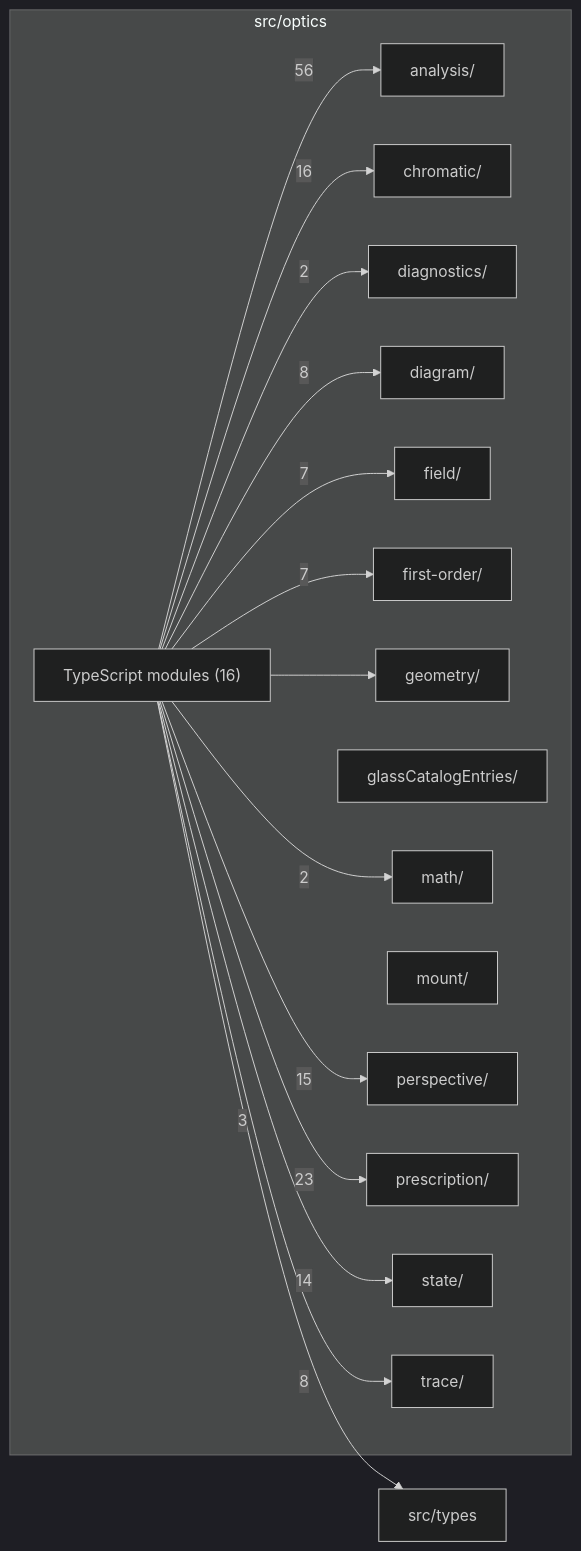
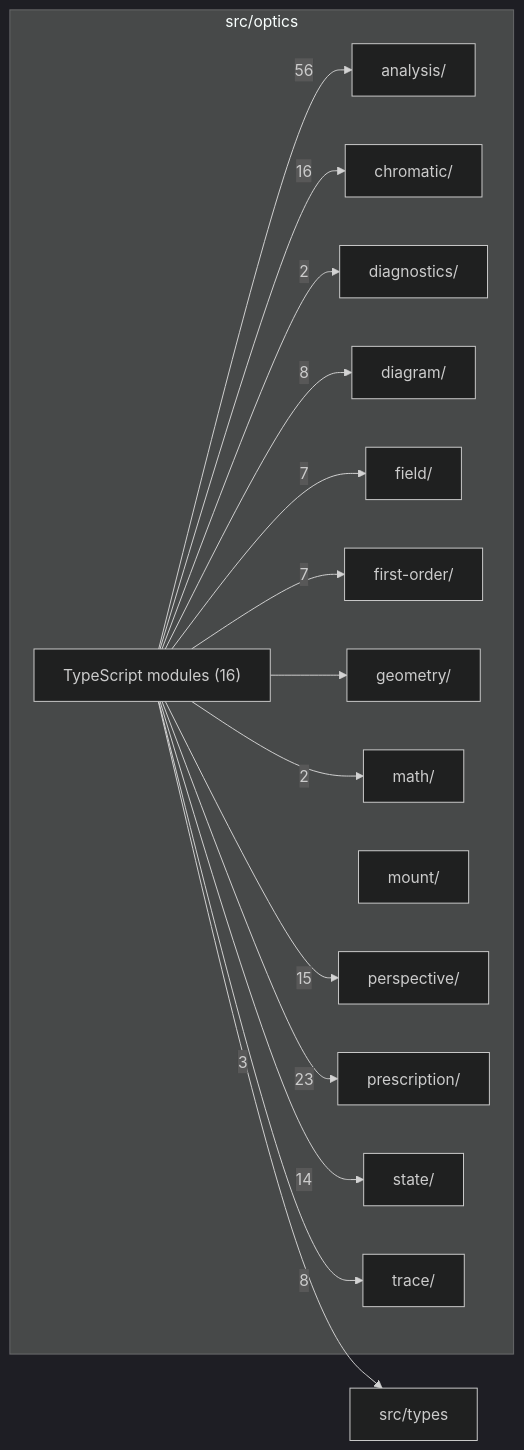
Before and after one commit to ronbuening/LensVisualizer: the diagram in src/optics/readme.md, drawn with Mermaid (dark theme). The commit also changed other lines of this file and 82 other files, not shown here.

````diff
--- a/src/optics/readme.md
+++ b/src/optics/readme.md
@@ -9,34 +9,33 @@
 ```mermaid
 flowchart LR
   subgraph n_src_optics["src/optics"]
     n_src_optics_src_optics_analysis["analysis/"]
     n_src_optics_src_optics_chromatic["chromatic/"]
     n_src_optics_src_optics_diagnostics["diagnostics/"]
     n_src_optics_src_optics_diagram["diagram/"]
     n_src_optics_src_optics_field["field/"]
     n_src_optics_src_optics_first_order["first-order/"]
     n_src_optics_src_optics_geometry["geometry/"]
-    n_src_optics_src_optics_glassCatalogEntries["glassCatalogEntries/"]
     n_src_optics_src_optics_math["math/"]
     n_src_optics_src_optics_mount["mount/"]
     n_src_optics_src_optics_perspective["perspective/"]
     n_src_optics_src_optics_prescription["prescription/"]
     n_src_optics_src_optics_state["state/"]
     n_src_optics_src_optics_trace["trace/"]
     n_src_optics_TypeScript_modules["TypeScript modules (16)"]
   end
   n_external_src_types["src/types"]
   n_src_optics_TypeScript_modules --> |56| n_src_optics_src_optics_analysis
   n_src_optics_TypeScript_modules --> |23| n_src_optics_src_optics_prescription
   n_src_optics_TypeScript_modules --> |16| n_src_optics_src_optics_chromatic
   n_src_optics_TypeScript_modules --> |15| n_src_optics_src_optics_perspective
   n_src_optics_TypeScript_modules --> |14| n_src_optics_src_optics_state
   n_src_optics_TypeScript_modules --> |8| n_src_optics_src_optics_diagram
   n_src_optics_TypeScript_modules --> |8| n_src_optics_src_optics_trace
   n_src_optics_TypeScript_modules --> |7| n_src_optics_src_optics_field
   n_src_optics_TypeScript_modules --> |7| n_src_optics_src_optics_first_order
   n_src_optics_TypeScript_modules --> |3| n_external_src_types
   n_src_optics_TypeScript_modules --> |2| n_src_optics_src_optics_diagnostics
   n_src_optics_TypeScript_modules --> |2| n_src_optics_src_optics_math
   n_src_optics_TypeScript_modules --> n_src_optics_src_optics_geometry
 ```
````
